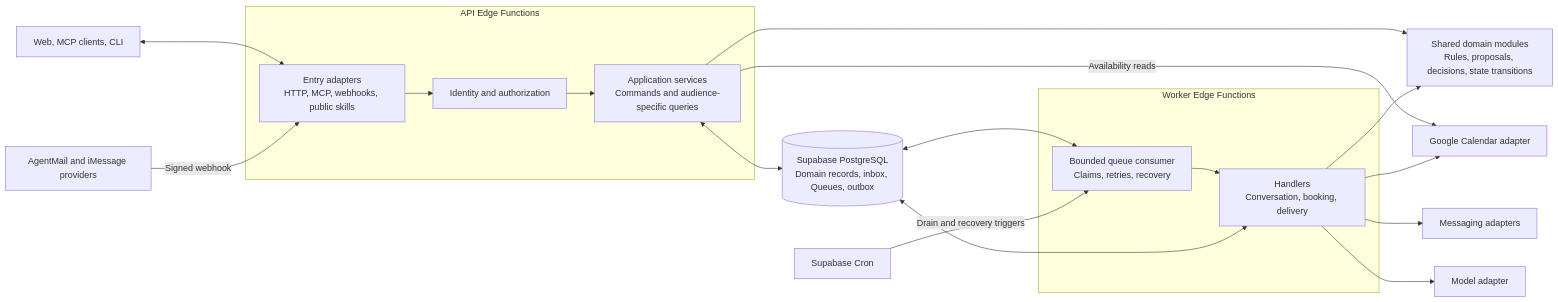
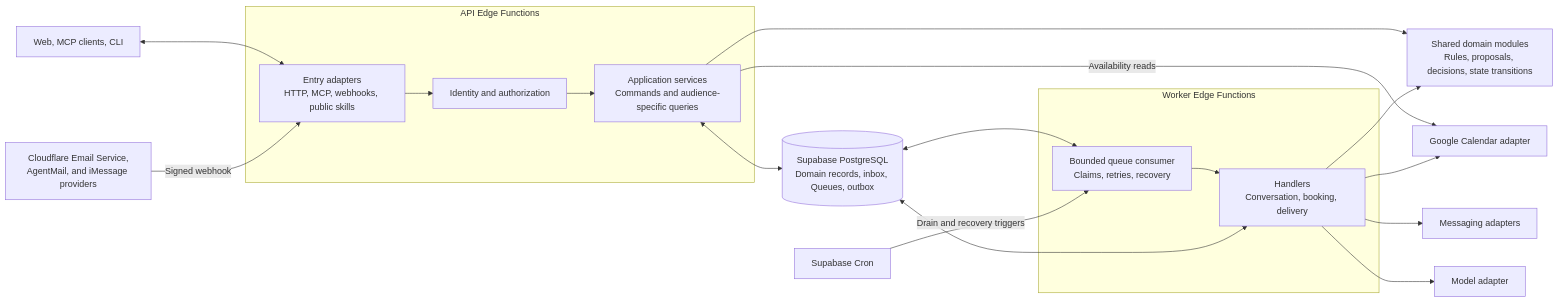
One commit to snuhcs-course/swpp-2026-project-team-01 changed the first of 2 diagrams in documentations/technical_specification/01_backend_architecture.md. Above: the diagram before and after it, drawn with Mermaid. The commit also changed other lines of this file and 34 other files, not shown here.

````diff
--- a/documentations/technical_specification/01_backend_architecture.md
+++ b/documentations/technical_specification/01_backend_architecture.md
@@ -15,35 +15,35 @@
 ```mermaid
 flowchart LR
     U["Web, MCP clients, CLI"]
-    P["AgentMail and iMessage providers"]
+    P["Cloudflare Email Service,<br/>AgentMail, and iMessage providers"]
     subgraph API[API Edge Functions]
         E["Entry adapters<br/>HTTP, MCP, webhooks, public skills"]
         A["Identity and authorization"]
         S["Application services<br/>Commands and audience-specific queries"]
     end
     subgraph Worker[Worker Edge Functions]
         J["Bounded queue consumer<br/>Claims, retries, recovery"]
         H["Handlers<br/>Conversation, booking, delivery"]
     end
     D["Shared domain modules<br/>Rules, proposals, decisions, state transitions"]
     DB[("Supabase PostgreSQL<br/>Domain records, inbox, Queues, outbox")]
     CR[Supabase Cron]
     G[Google Calendar adapter]
     M[Messaging adapters]
     L[Model adapter]
     U <--> E
     P -->|Signed webhook| E
     E --> A
     A --> S
     S --> D
     S <--> DB
     DB <--> J
     CR -->|Drain and recovery triggers| J
     J --> H
     H --> D
     H <--> DB
     S -->|Availability reads| G
     H --> G
     H --> M
     H --> L
 ```
````
